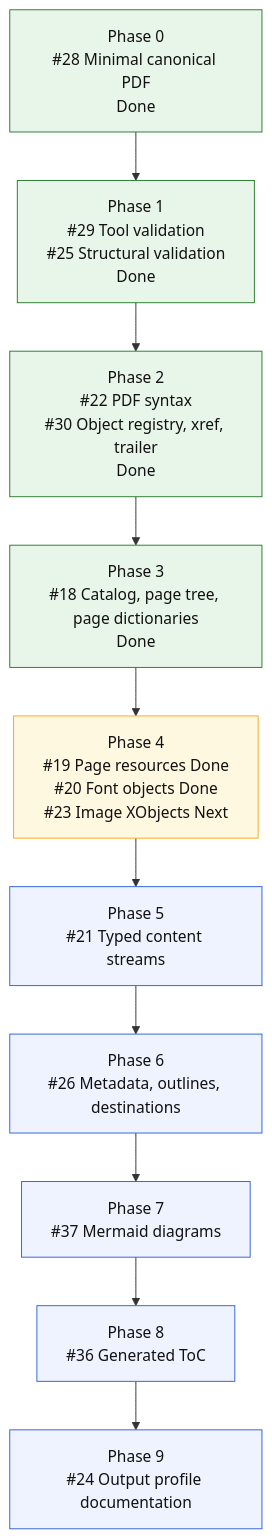
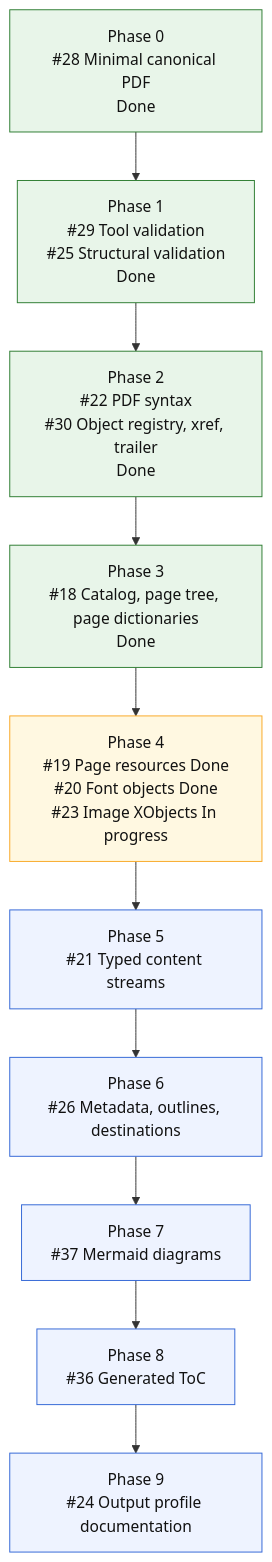
The diagram in README.md (mihaelamj/MarkdownPDF), drawn with Mermaid before and after one commit. The commit also changed 9 other files, not shown here.

Commit message:
refactor(pdf): model image xobjects

````diff
--- a/README.md
+++ b/README.md
@@ -126,22 +126,22 @@
 ```mermaid
 flowchart TD
     P0["Phase 0<br/>#28 Minimal canonical PDF<br/>Done"]
     P1["Phase 1<br/>#29 Tool validation<br/>#25 Structural validation<br/>Done"]
     P2["Phase 2<br/>#22 PDF syntax<br/>#30 Object registry, xref, trailer<br/>Done"]
     P3["Phase 3<br/>#18 Catalog, page tree, page dictionaries<br/>Done"]
-    P4["Phase 4<br/>#19 Page resources Done<br/>#20 Font objects Done<br/>#23 Image XObjects Next"]
+    P4["Phase 4<br/>#19 Page resources Done<br/>#20 Font objects Done<br/>#23 Image XObjects In progress"]
     P5["Phase 5<br/>#21 Typed content streams"]
     P6["Phase 6<br/>#26 Metadata, outlines, destinations"]
     P7["Phase 7<br/>#37 Mermaid diagrams"]
     P8["Phase 8<br/>#36 Generated ToC"]
     P9["Phase 9<br/>#24 Output profile documentation"]
 
     P0 --> P1 --> P2 --> P3 --> P4 --> P5 --> P6 --> P7 --> P8 --> P9
 
     classDef done fill:#e8f5e9,stroke:#2e7d32,color:#111;
     classDef next fill:#fff8e1,stroke:#f9a825,color:#111;
     classDef todo fill:#eef3ff,stroke:#3367d6,color:#111;
     class P0,P1,P2,P3 done;
     class P4 next;
     class P5,P6,P7,P8,P9 todo;
 ```
````
